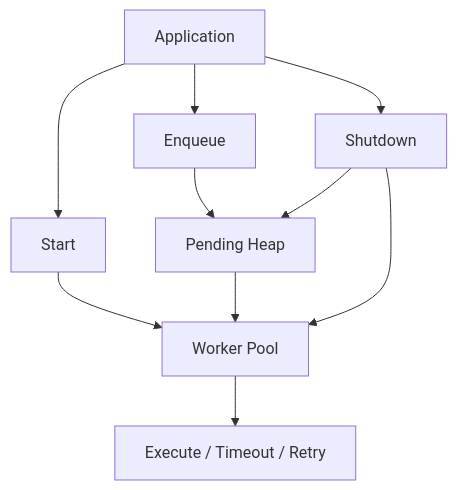
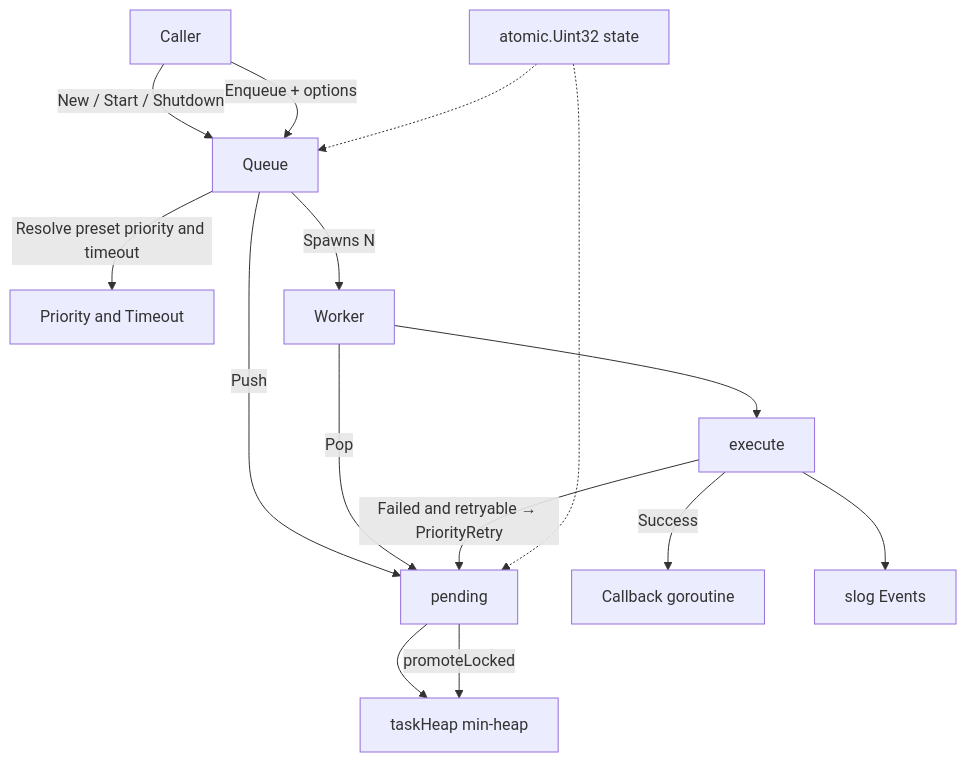
The first of 9 diagrams in doc/architecture.md (pardnchiu/go-queue), drawn with Mermaid before and after one commit. The commit also changed other lines of this file and 7 other files, not shown here.

Commit message:
doc: Regenerate bilingual README, usage docs, and architecture for core package

````diff
--- a/doc/architecture.md
+++ b/doc/architecture.md
@@ -7,12 +7,17 @@
 ```mermaid
 graph TB
-    App[Application] --> Enqueue[Enqueue]
-    App --> Start[Start]
-    App --> Shutdown[Shutdown]
-    Enqueue --> Pending[Pending Heap]
-    Start --> Workers[Worker Pool]
-    Pending --> Workers
-    Workers --> Execute[Execute / Timeout / Retry]
-    Shutdown --> Pending
-    Shutdown --> Workers
+    C[Caller] -->|New / Start / Shutdown| Q[Queue]
+    C -->|Enqueue + options| Q
+    Q -->|Resolve preset priority and timeout| PR[Priority and Timeout]
+    Q -->|Push| P[pending]
+    P --> H[taskHeap min-heap]
+    P -->|promoteLocked| H
+    Q -->|Spawns N| W[Worker]
+    W -->|Pop| P
+    W --> E[execute]
+    E -->|Failed and retryable → PriorityRetry| P
+    E -->|Success| CB[Callback goroutine]
+    E --> L[slog Events]
+    S[atomic.Uint32 state] -.-> Q
+    S -.-> P
 ```
````
